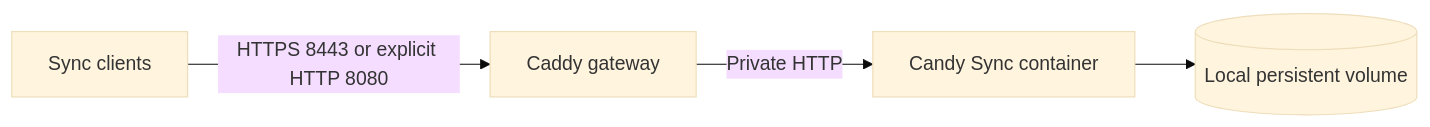
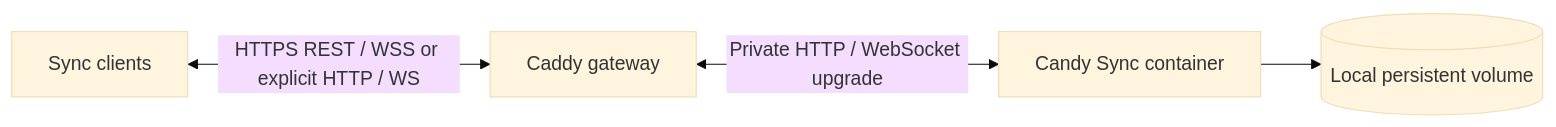
Before and after one commit to sk2andy/candy-browser: the diagram in docs/sync/server.md, drawn with Mermaid (base theme). The commit also changed other lines of this file and 68 other files, not shown here.

````diff
--- a/docs/sync/server.md
+++ b/docs/sync/server.md
@@ -88,6 +89,6 @@
 ```mermaid
 flowchart LR
-    C[Sync clients] -->|HTTPS 8443 or explicit HTTP 8080| R[Caddy gateway]
-    R -->|Private HTTP| S[Candy Sync container]
+    C[Sync clients] <-->|HTTPS REST / WSS or explicit HTTP / WS| R[Caddy gateway]
+    R <-->|Private HTTP / WebSocket upgrade| S[Candy Sync container]
     S --> V[(Local persistent volume)]
 ```
````
